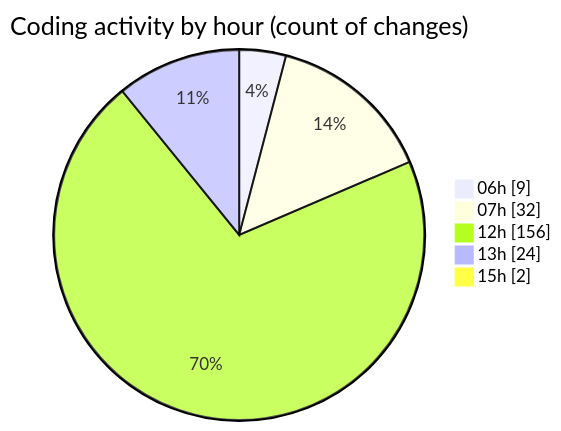
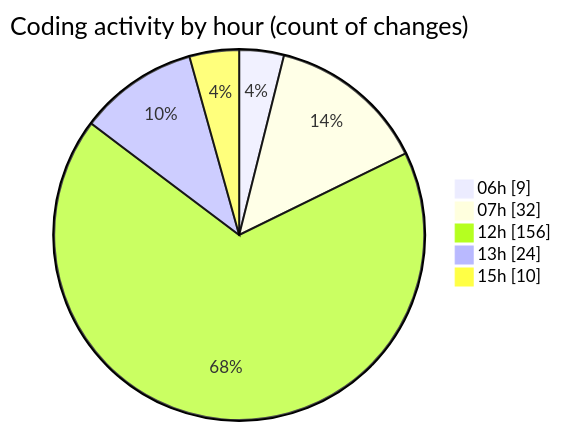
The second of 2 diagrams in 2025-02-18/mbc-web/README.md (robertbonfada/code-tracking), drawn with Mermaid before and after one commit. The commit also changed other lines of this file and 1 other file, not shown here.

````diff
--- a/2025-02-18/mbc-web/README.md
+++ b/2025-02-18/mbc-web/README.md
@@ -145,9 +145,9 @@
 ```mermaid
 pie showData
 title Coding activity by hour (count of changes)
 "06h" : 9
 "07h" : 32
 "12h" : 156
 "13h" : 24
-"15h" : 2
+"15h" : 10
 ```
````
